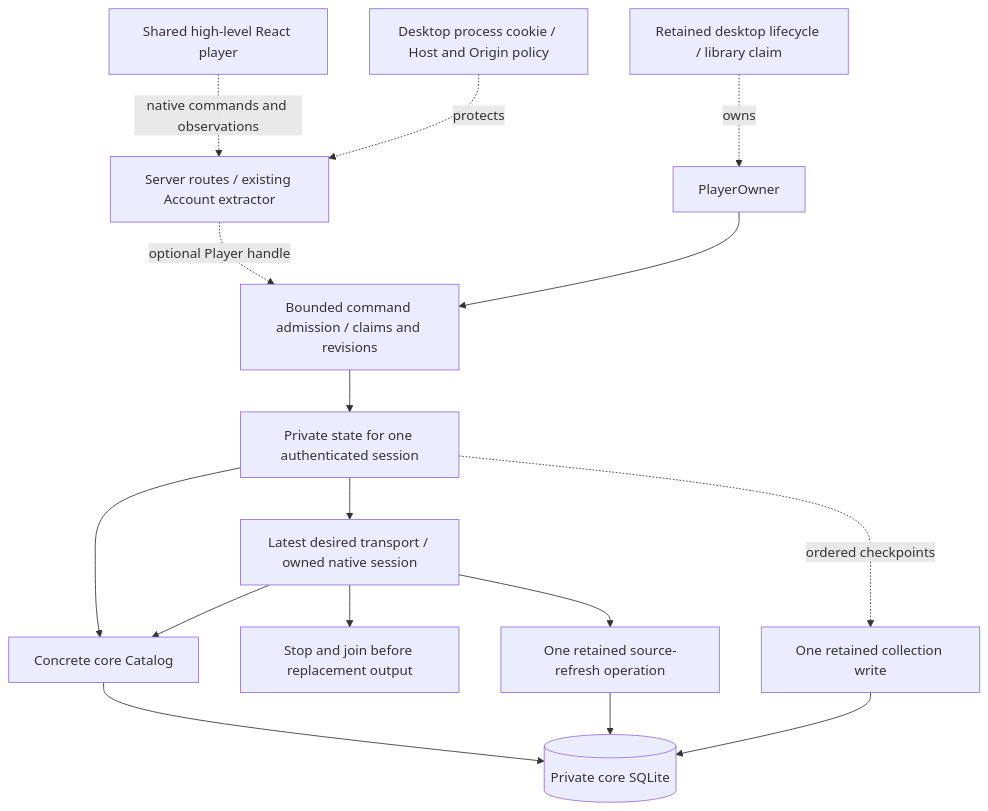
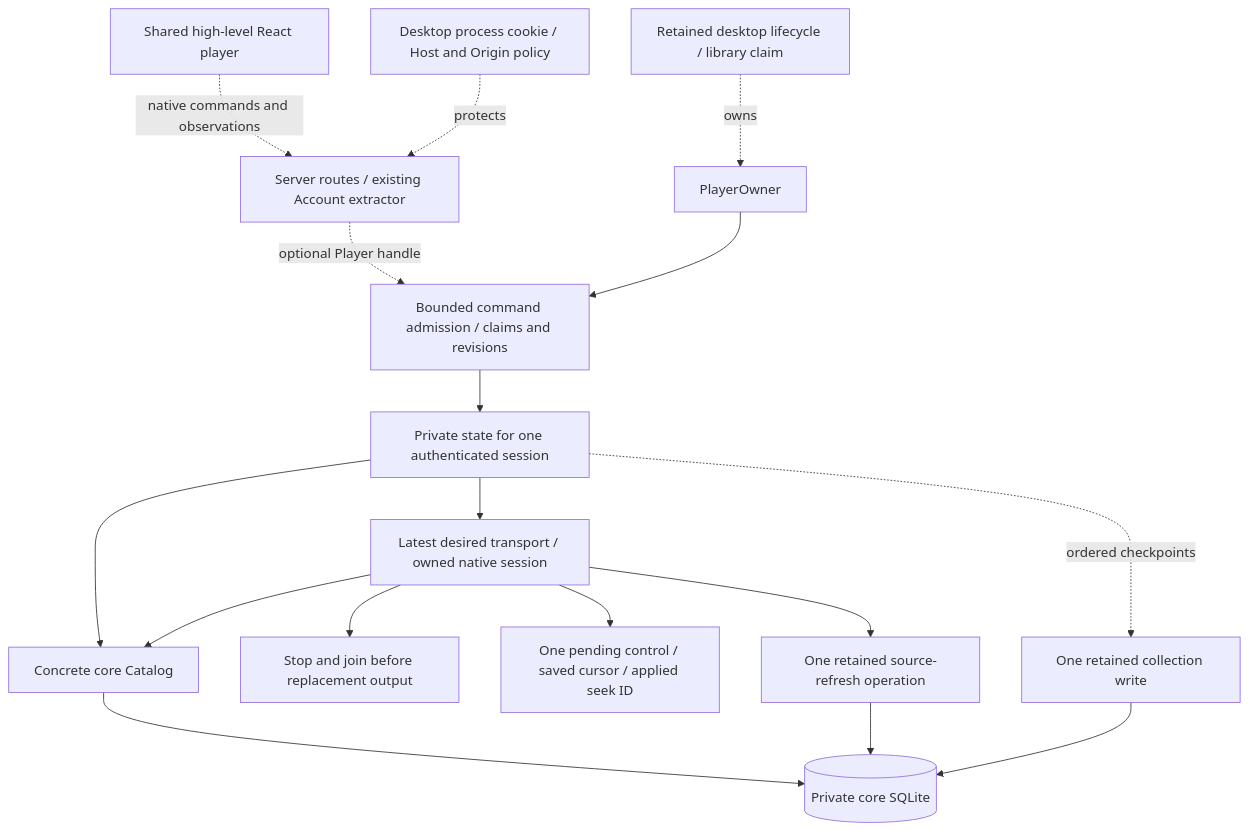
One commit to acidiney/hitoapp changed the diagram in docs/native-coordinator.md. Above: the diagram before and after it, drawn with Mermaid. The commit also changed other lines of this file and 2 other files, not shown here.

Commit message:
Document native control ordering and resolved completion race

````diff
--- a/docs/native-coordinator.md
+++ b/docs/native-coordinator.md
@@ -9,18 +9,19 @@
 ```mermaid
 flowchart TB
   UI[Shared high-level React player] -. native commands and observations .-> HTTP[Server routes / existing Account extractor]
   Access[Desktop process cookie / Host and Origin policy] -. protects .-> HTTP
   HTTP -. optional Player handle .-> Admission[Bounded command admission / claims and revisions]
   Host[Retained desktop lifecycle / library claim] -. owns .-> Owner[PlayerOwner]
   Owner --> Admission
   Admission --> State[Private state for one authenticated session]
   State --> Catalog[Concrete core Catalog]
   State --> Native[Latest desired transport / owned native session]
   Native --> Catalog
   Native --> Join[Stop and join before replacement output]
+  Native --> Controls[One pending control / saved cursor / applied seek ID]
   Native --> Refresh[One retained source-refresh operation]
   State -. ordered checkpoints .-> Progress[One retained collection write]
   Catalog --> DB[(Private core SQLite)]
   Refresh --> DB
   Progress --> DB
 ```
````
